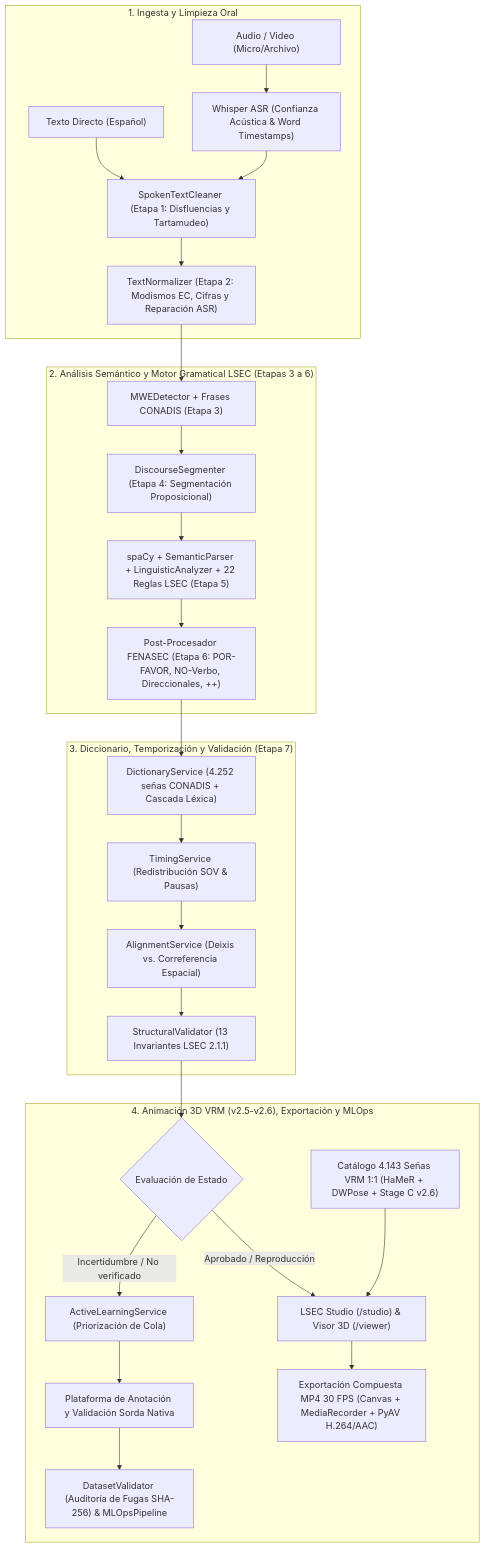
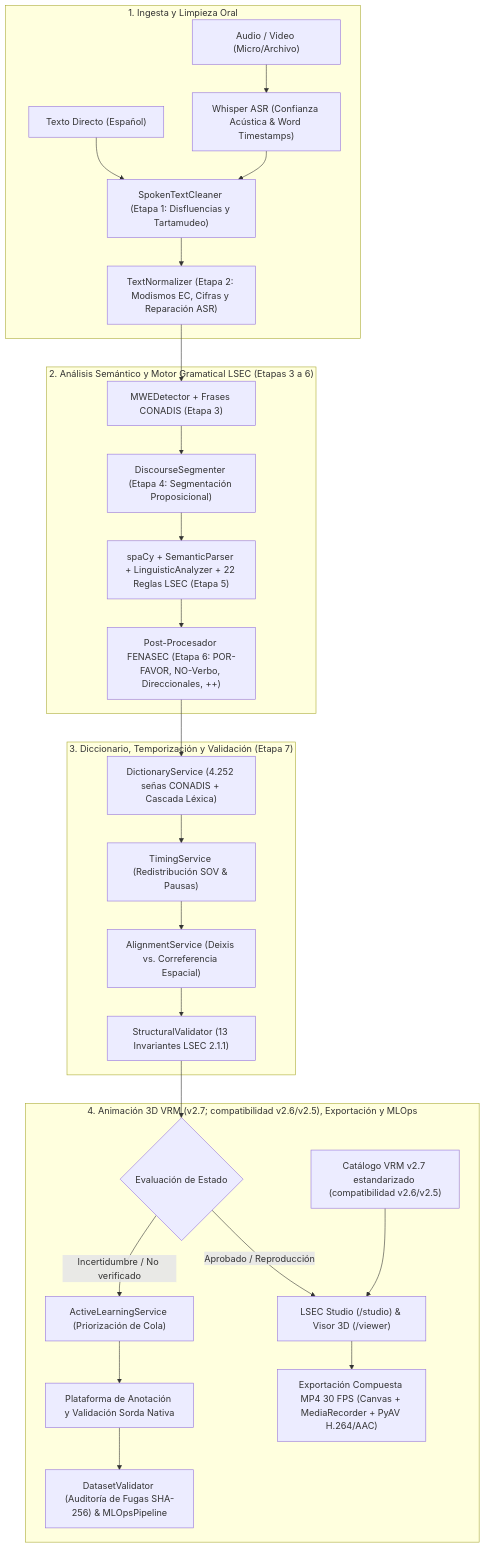
Before and after one commit to BrandonVol3/lsec-translator: the diagram in README.md, drawn with Mermaid. The commit also changed other lines of this file and 6 other files, not shown here.

````diff
--- a/README.md
+++ b/README.md
@@ -67,33 +85,33 @@
 ```mermaid
 graph TD
     subgraph INGESTION["1. Ingesta y Limpieza Oral"]
         A1["Audio / Video (Micro/Archivo)"] --> A2["Whisper ASR (Confianza Acústica & Word Timestamps)"]
         A3["Texto Directo (Español)"] --> B0["SpokenTextCleaner (Etapa 1: Disfluencias y Tartamudeo)"]
         A2 --> B0
         B0 --> B1["TextNormalizer (Etapa 2: Modismos EC, Cifras y Reparación ASR)"]
     end
 
     subgraph NLP_SEMANTIC["2. Análisis Semántico y Motor Gramatical LSEC (Etapas 3 a 6)"]
         B1 --> B2["MWEDetector + Frases CONADIS (Etapa 3)"]
         B2 --> B3["DiscourseSegmenter (Etapa 4: Segmentación Proposicional)"]
         B3 --> B4["spaCy + SemanticParser + LinguisticAnalyzer + 22 Reglas LSEC (Etapa 5)"]
         B4 --> B5["Post-Procesador FENASEC (Etapa 6: POR-FAVOR, NO-Verbo, Direccionales, ++)"]
     end
 
     subgraph GENERATION_VALIDATION["3. Diccionario, Temporización y Validación (Etapa 7)"]
         B5 --> C0["DictionaryService (4.252 señas CONADIS + Cascada Léxica)"]
         C0 --> C1["TimingService (Redistribución SOV & Pausas)"]
         C1 --> C2["AlignmentService (Deixis vs. Correferencia Espacial)"]
         C2 --> C3["StructuralValidator (13 Invariantes LSEC 2.1.1)"]
     end
 
-    subgraph ANIMATION_AND_MLOPS["4. Animación 3D VRM (v2.5-v2.6), Exportación y MLOps"]
+    subgraph ANIMATION_AND_MLOPS["4. Animación 3D VRM (v2.7; compatibilidad v2.6/v2.5), Exportación y MLOps"]
         C3 --> D1{"Evaluación de Estado"}
         D1 -- "Incertidumbre / No verificado" --> D2["ActiveLearningService (Priorización de Cola)"]
         D2 --> D3["Plataforma de Anotación y Validación Sorda Nativa"]
         D3 --> D4["DatasetValidator (Auditoría de Fugas SHA-256) & MLOpsPipeline"]
         D1 -- "Aprobado / Reproducción" --> E1["LSEC Studio (/studio) & Visor 3D (/viewer)"]
-        VRM_CAT["Catálogo 4.143 Señas VRM 1:1 (HaMeR + DWPose + Stage C v2.6)"] --> E1
+        VRM_CAT["Catálogo VRM v2.7 estandarizado (compatibilidad v2.6/v2.5)"] --> E1
         E1 --> EXP["Exportación Compuesta MP4 30 FPS (Canvas + MediaRecorder + PyAV H.264/AAC)"]
     end
 ```
````
